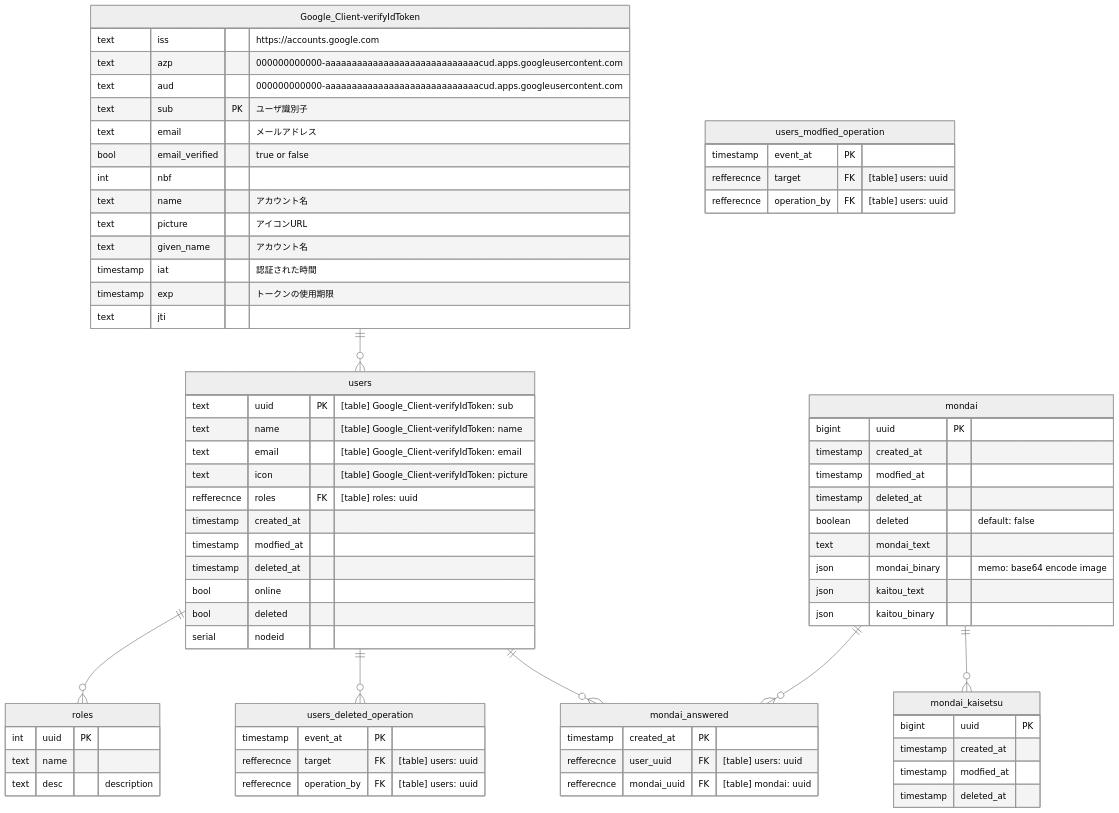
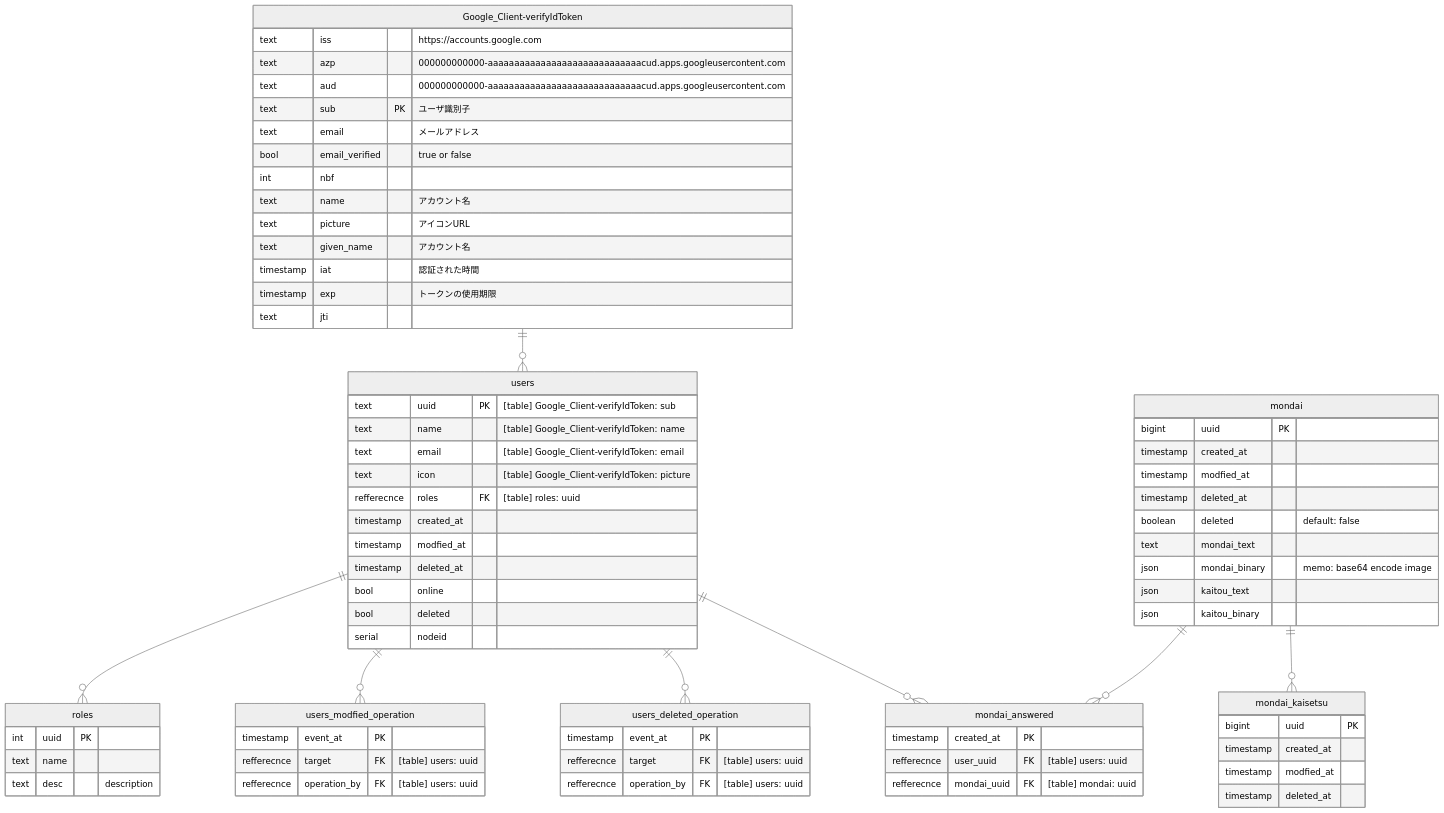
Before and after one commit to n138-kz/denkou-kakomon-dotcom: the diagram in README.md, drawn with Mermaid (neutral theme).

```diff
--- a/README.md
+++ b/README.md
@@ -27,6 +27,7 @@
 erDiagram
 Google_Client-verifyIdToken ||--o{ users: ""
 users ||--o{ roles: "" 
+users ||--o{ users_modfied_operation: "" 
 users ||--o{ users_deleted_operation: "" 
 mondai ||--o{ mondai_answered: "" 
 users ||--o{ mondai_answered: "" 
```
